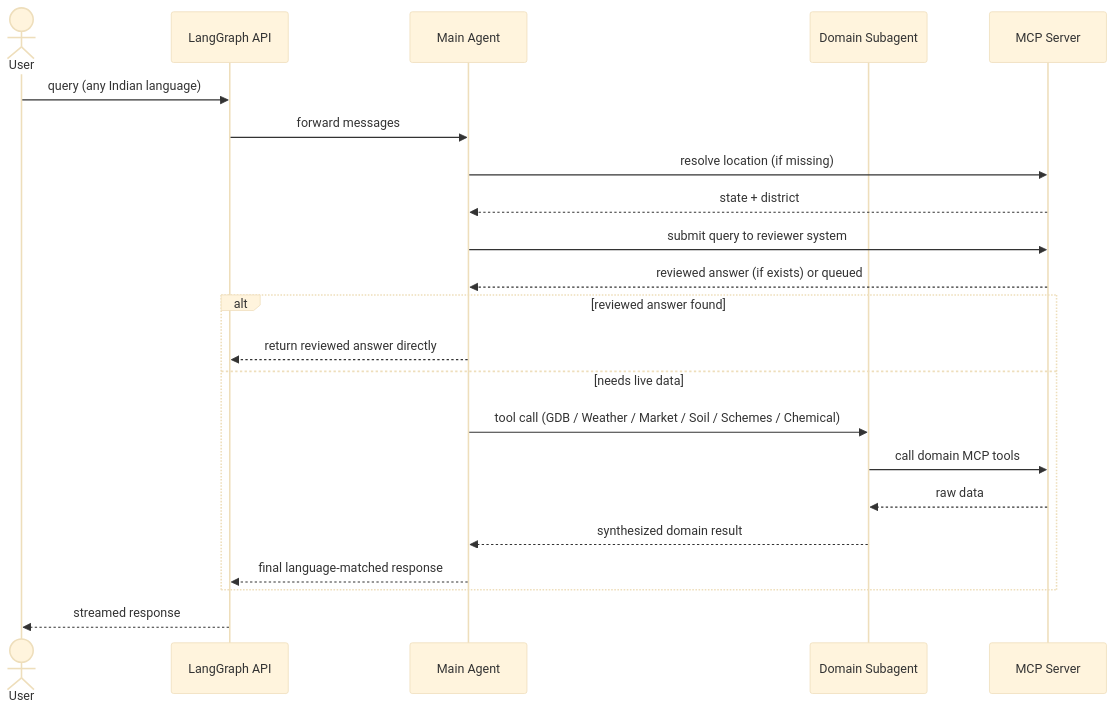
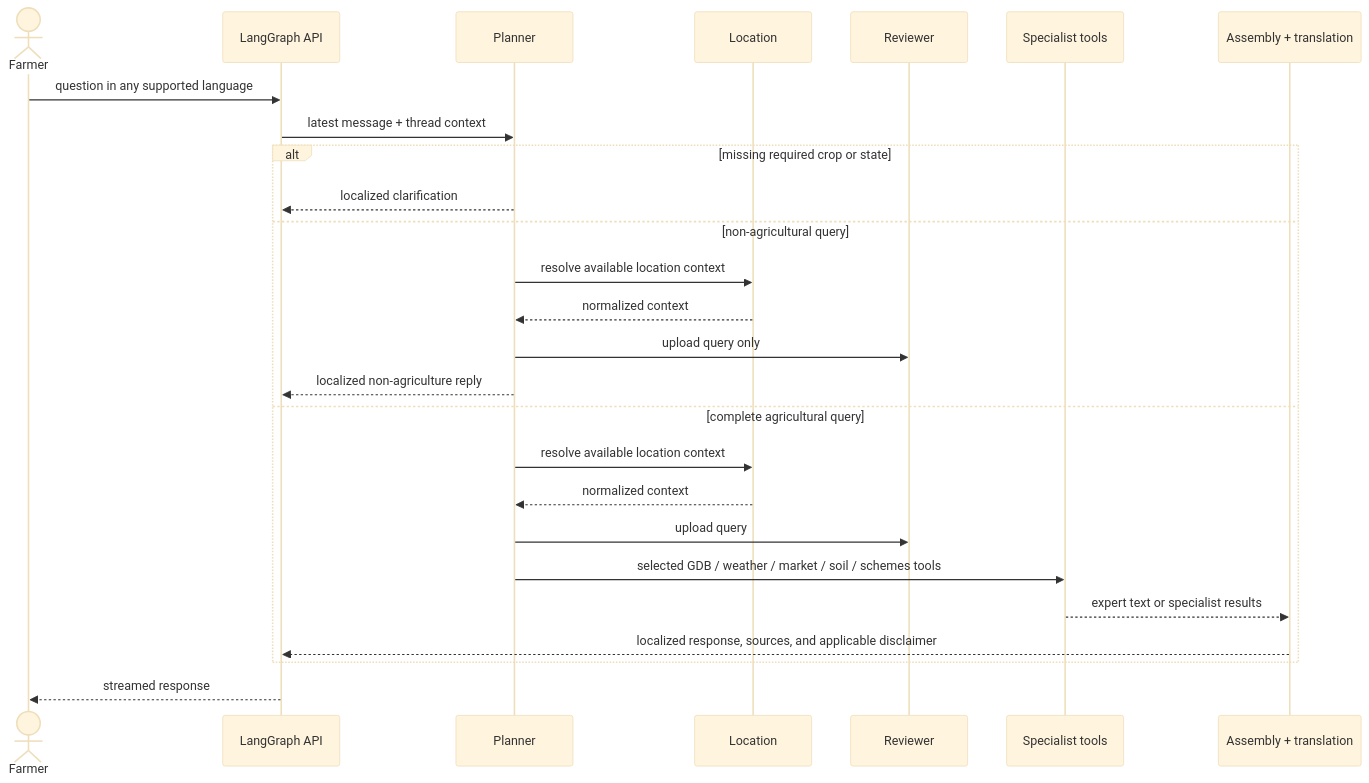
The second of 2 diagrams in ai/README.md (vicharanashala/ajrasakha), drawn with Mermaid (base theme) before and after one commit. The commit also changed other lines of this file and 1 other file, not shown here.

````diff
--- a/ai/README.md
+++ b/ai/README.md
@@ -86,29 +99,31 @@
 ```mermaid
 sequenceDiagram
-    actor User
+    actor Farmer
     participant API as LangGraph API
-    participant Main as Main Agent
-    participant Sub as Domain Subagent
-    participant MCP as MCP Server
+    participant Planner as Planner
+    participant Location as Location
+    participant Reviewer as Reviewer
+    participant Tools as Specialist tools
+    participant Answer as Assembly + translation
 
-    User->>API: query (any Indian language)
-    API->>Main: forward messages
+    Farmer->>API: question in any supported language
+    API->>Planner: latest message + thread context
 
-    Main->>MCP: resolve location (if missing)
-    MCP-->>Main: state + district
-
-    Main->>MCP: submit query to reviewer system
-    MCP-->>Main: reviewed answer (if exists) or queued
-
-    alt reviewed answer found
-        Main-->>API: return reviewed answer directly
-    else needs live data
-        Main->>Sub: tool call (GDB / Weather / Market / Soil / Schemes / Chemical)
-        Sub->>MCP: call domain MCP tools
-        MCP-->>Sub: raw data
-        Sub-->>Main: synthesized domain result
-        Main-->>API: final language-matched response
+    alt missing required crop or state
+        Planner-->>API: localized clarification
+    else non-agricultural query
+        Planner->>Location: resolve available location context
+        Location-->>Planner: normalized context
+        Planner->>Reviewer: upload query only
+        Planner-->>API: localized non-agriculture reply
+    else complete agricultural query
+        Planner->>Location: resolve available location context
+        Location-->>Planner: normalized context
+        Planner->>Reviewer: upload query
+        Planner->>Tools: selected GDB / weather / market / soil / schemes tools
+        Tools-->>Answer: expert text or specialist results
+        Answer-->>API: localized response, sources, and applicable disclaimer
     end
 
-    API-->>User: streamed response
+    API-->>Farmer: streamed response
 ```
````
